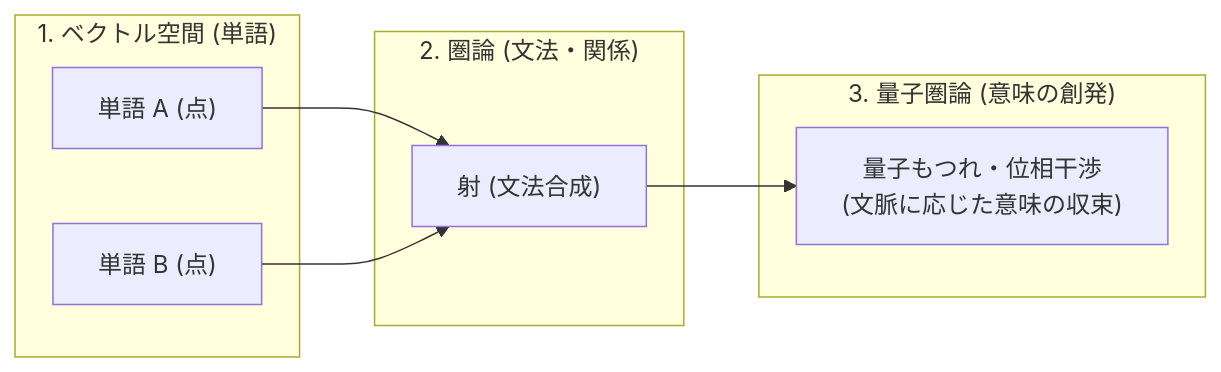
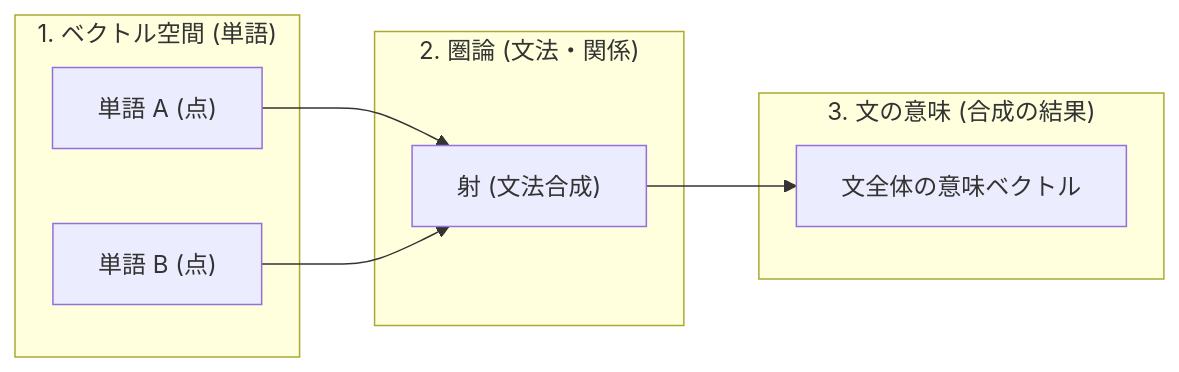
One commit to ogaogamirai/Teaching-materials changed the fourth of 4 diagrams in category-theory/chapters/04_applications_and_frontiers.md. Above: the diagram before and after it, drawn with Mermaid. The commit also changed other lines of this file and 13 other files, not shown here.

````diff
--- a/category-theory/chapters/04_applications_and_frontiers.md
+++ b/category-theory/chapters/04_applications_and_frontiers.md
@@ -144,16 +178,16 @@
 ```mermaid
 graph LR
     subgraph subVec["1. ベクトル空間 (単語)"]
         W1["単語 A (点)"]
         W2["単語 B (点)"]
     end
     subgraph subCat["2. 圏論 (文法・関係)"]
         Arrow["射 (文法合成)"]
     end
-    subgraph subQ["3. 量子圏論 (意味の創発)"]
-        Entangle["量子もつれ・位相干渉<br>(文脈に応じた意味の収束)"]
+    subgraph subMean["3. 文の意味 (合成の結果)"]
+        Sentence["文全体の意味ベクトル"]
     end
     W1 --> Arrow
     W2 --> Arrow
-    Arrow --> Entangle
+    Arrow --> Sentence
 ```
````
